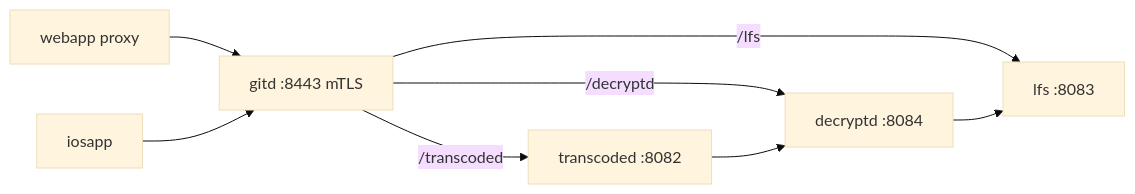
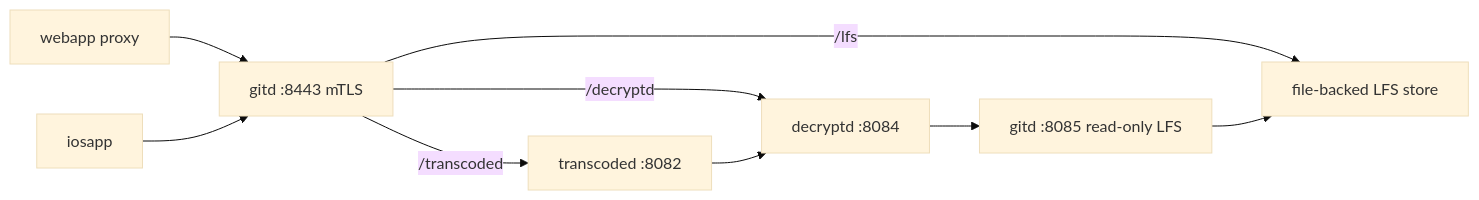
Before and after one commit to mr-andreas/replycant: the diagram in docs/docs/gitdb/server-architecture.md, drawn with Mermaid (base theme). The commit also changed other lines of this file and 23 other files, not shown here.

````diff
--- a/docs/docs/gitdb/server-architecture.md
+++ b/docs/docs/gitdb/server-architecture.md
@@ -23,17 +24,19 @@
 ```mermaid
 flowchart LR
   webapp[webapp proxy]
   iosapp[iosapp]
   gitd["gitd :8443 mTLS"]
-  lfs["lfs :8083"]
+  lfsstore["file-backed LFS store"]
+  internal["gitd :8085 read-only LFS"]
   decryptd["decryptd :8084"]
   transcoded["transcoded :8082"]
 
   webapp --> gitd
   iosapp --> gitd
-  gitd -->|"/lfs"| lfs
+  gitd -->|"/lfs"| lfsstore
   gitd -->|"/decryptd"| decryptd
   gitd -->|"/transcoded"| transcoded
-  decryptd --> lfs
+  internal --> lfsstore
+  decryptd --> internal
   transcoded --> decryptd
 ```
````
